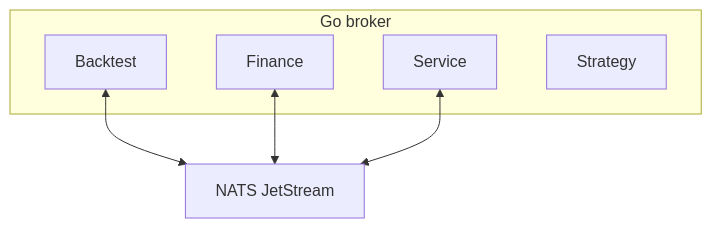
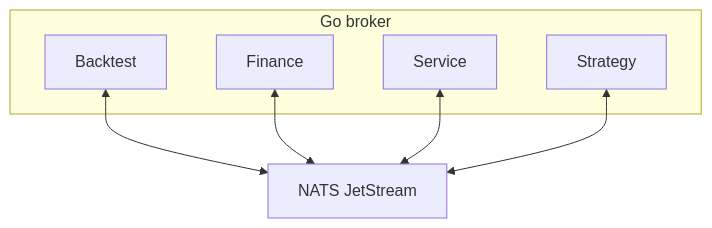
The second of 2 diagrams in README.md (lhjnilsson/foreverbull), drawn with Mermaid before and after one commit. The commit also changed other lines of this file and 2 other files, not shown here.

First line of the commit message:
docs(strategy): document PoC lifecycle through CLI

````diff
--- a/README.md
+++ b/README.md
@@ -127,13 +144,14 @@
 ```mermaid
 flowchart TB
   subgraph broker ["Go broker"]
     Backtest
     Finance
     Service
     Strategy
   end
   NATS["NATS JetStream"]
   Backtest <--> NATS
   Finance <--> NATS
   Service <--> NATS
+  Strategy <--> NATS
 ```
````
